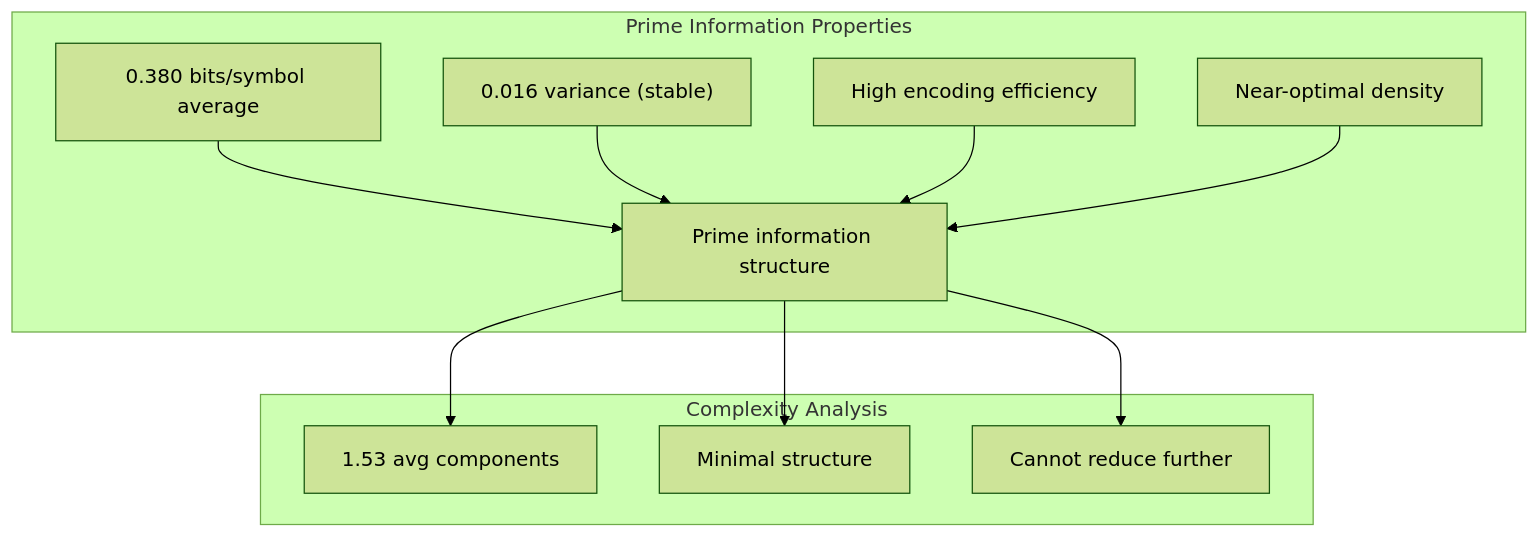
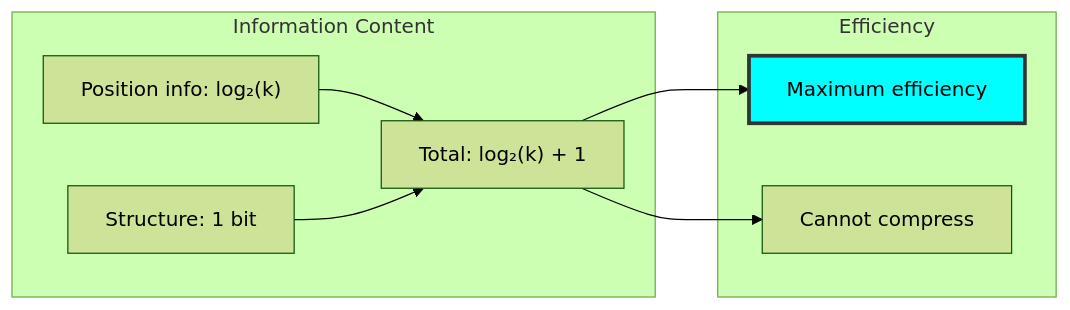
Before and after one commit to loning/the-binarymath: the eighth of 13 diagrams in docs/codex/volume-01-trace-numbers/chapter-023-prime-trace.md, drawn with Mermaid (forest theme). The commit also changed other lines of this file and 4 other files, not shown here.

````diff
--- a/docs/codex/volume-01-trace-numbers/chapter-023-prime-trace.md
+++ b/docs/codex/volume-01-trace-numbers/chapter-023-prime-trace.md
@@ -307,21 +388,19 @@
 ```mermaid
-graph TD
-    subgraph "Prime Information Properties"
-        DENSITY["0.380 bits/symbol average"]
-        VARIANCE["0.016 variance (stable)"]
-        EFFICIENCY["High encoding efficiency"]
-        OPTIMAL["Near-optimal density"]
+graph LR
+    subgraph "Information Content"
+        POS["Position info: log₂(k)"]
+        STRUCT["Structure: 1 bit"]
+        TOTAL["Total: log₂(k) + 1"]
         
-        INFORMATION["Prime information structure"]
-        
-        DENSITY & VARIANCE & EFFICIENCY & OPTIMAL --> INFORMATION
+        POS & STRUCT --> TOTAL
     end
     
-    subgraph "Complexity Analysis"
-        SIMPLE["1.53 avg components"]
-        MINIMAL["Minimal structure"]
-        IRREDUCIBLE["Cannot reduce further"]
+    subgraph "Efficiency"
+        MAX["Maximum efficiency"]
+        ATOMIC["Cannot compress"]
         
-        INFORMATION --> SIMPLE & MINIMAL & IRREDUCIBLE
+        TOTAL --> MAX & ATOMIC
     end
+    
+    style MAX fill:#0ff,stroke:#333,stroke-width:3px
 ```
````
